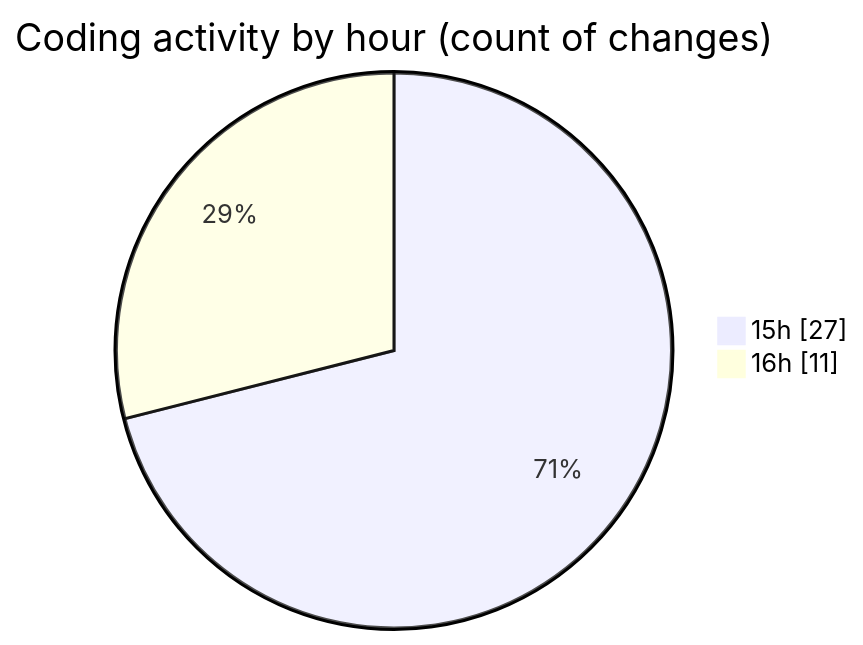
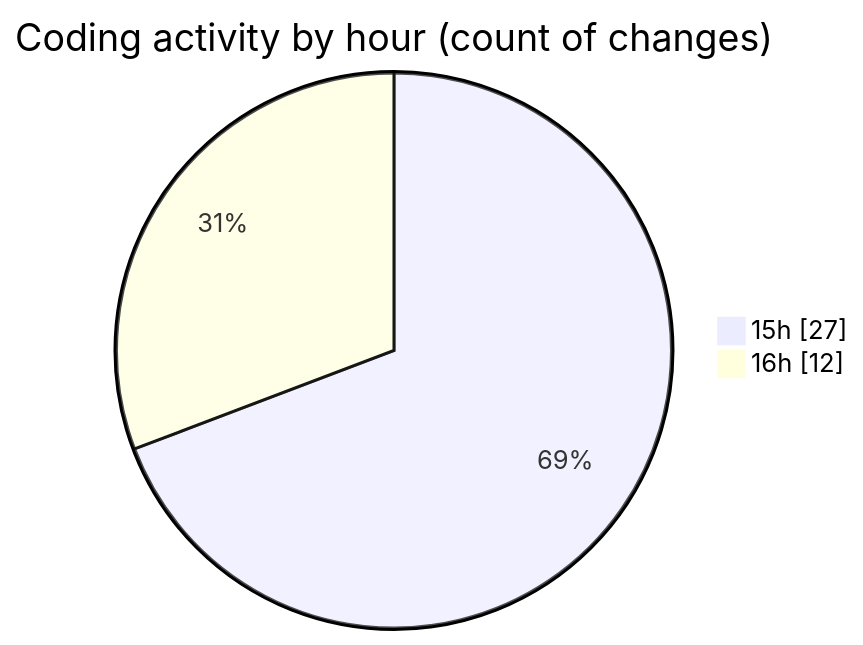
The second of 2 diagrams in 2025-06-06/sewa-mobil/README.md (idhammustaqopulfikri/code-tracking), drawn with Mermaid before and after one commit. The commit also changed other lines of this file and 1 other file, not shown here.

````diff
--- a/2025-06-06/sewa-mobil/README.md
+++ b/2025-06-06/sewa-mobil/README.md
@@ -39,6 +41,6 @@
 ```mermaid
 pie showData
 title Coding activity by hour (count of changes)
 "15h" : 27
-"16h" : 11
+"16h" : 12
 ```
````
